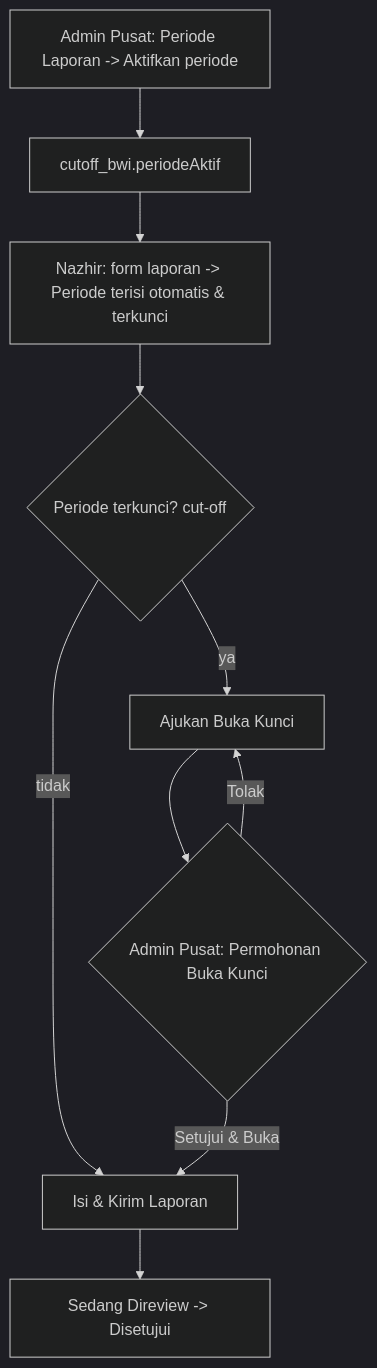
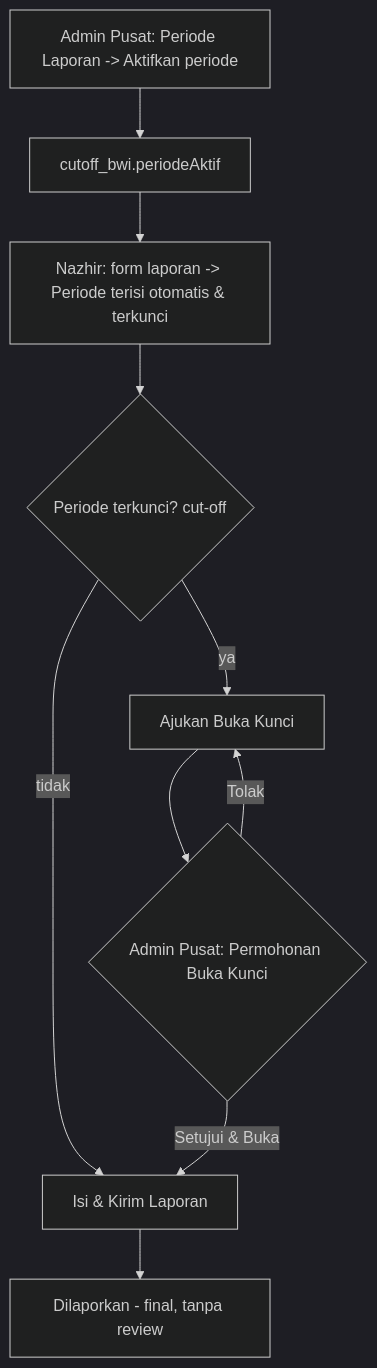
Before and after one commit to asshidiqreyhan/prototype_kenazhiran: the fourth of 5 diagrams in PRD-FLOW-DESIGN-KENAZHIRAN.md, drawn with Mermaid (dark theme). The commit also changed other lines of this file and 41 other files, not shown here.

````diff
--- a/PRD-FLOW-DESIGN-KENAZHIRAN.md
+++ b/PRD-FLOW-DESIGN-KENAZHIRAN.md
@@ -317,12 +327,12 @@
 ```mermaid
 flowchart TD
   P0[Admin Pusat: Periode Laporan -> Aktifkan periode] --> P1[cutoff_bwi.periodeAktif]
   P1 --> L1[Nazhir: form laporan -> Periode terisi otomatis & terkunci]
   L1 --> L2{Periode terkunci? cut-off}
   L2 -- tidak --> L3[Isi & Kirim Laporan]
   L2 -- ya --> BK[Ajukan Buka Kunci]
   BK --> P2{Admin Pusat: Permohonan Buka Kunci}
   P2 -- Setujui & Buka --> L3
   P2 -- Tolak --> BK
-  L3 --> RV[Sedang Direview -> Disetujui]
+  L3 --> RV[Dilaporkan - final, tanpa review]
 ```
````
